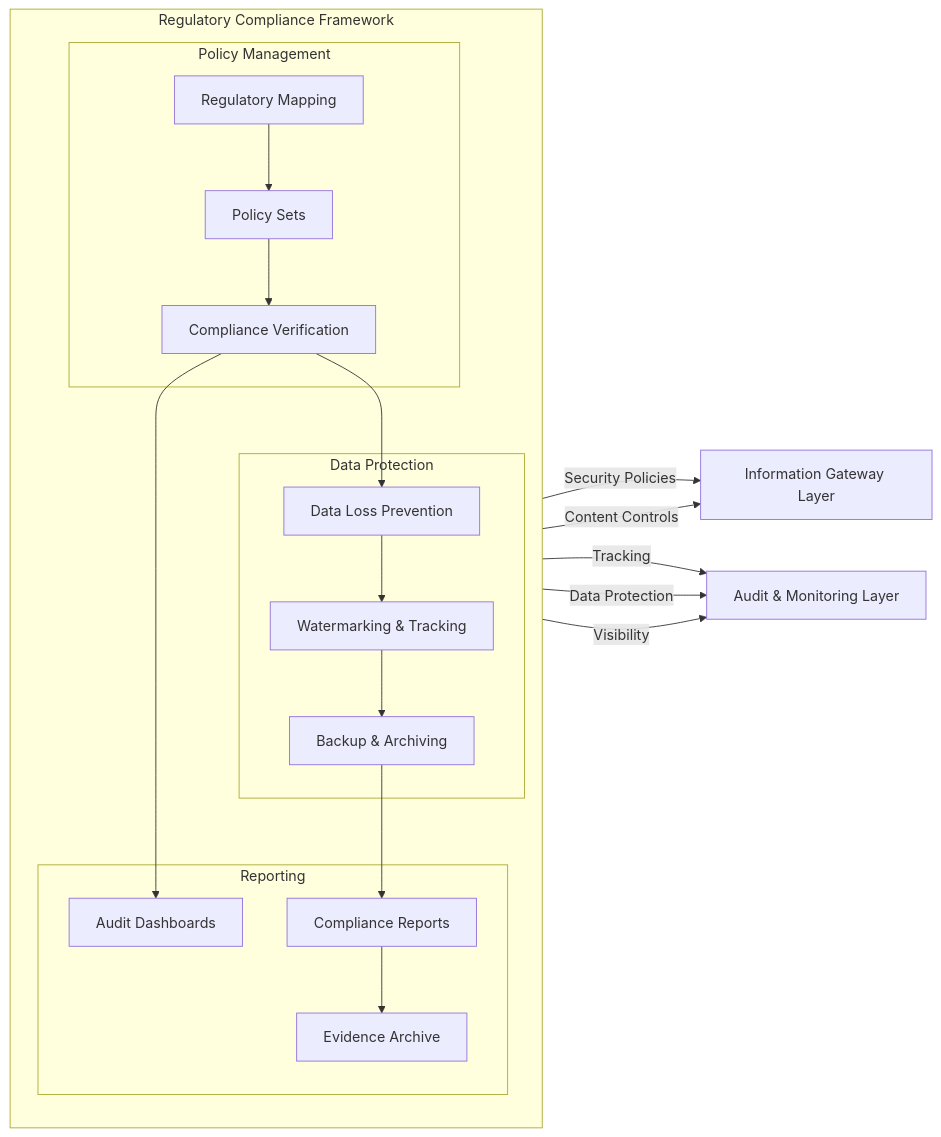
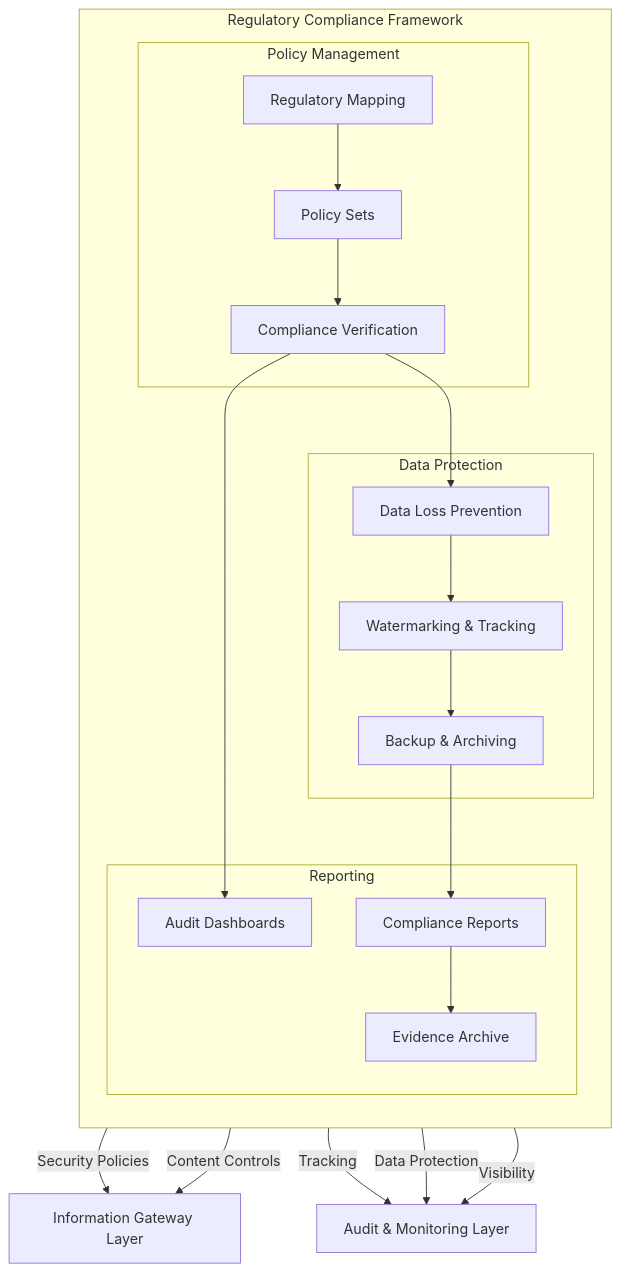
Before and after one commit to nshkrdotcom/GUARDRAIL: diagram 12 of 14 in README.md, drawn with Mermaid. The commit also changed other lines of this file, not shown here.

````diff
--- a/README.md
+++ b/README.md
@@ -546,41 +546,41 @@
 ```mermaid
-flowchart LR
+flowchart TB
     subgraph "Regulatory Compliance Framework"
         direction TB
         
         subgraph "Policy Management"
             RM[Regulatory Mapping]
             PS[Policy Sets]
             CV[Compliance Verification]
         end
         
         subgraph "Data Protection"
             DLP[Data Loss Prevention]
             WM[Watermarking & Tracking]
             BAR[Backup & Archiving]
         end
         
         subgraph "Reporting"
             AD[Audit Dashboards]
             CR[Compliance Reports]
             EA[Evidence Archive]
         end
         
         RM --> PS
         PS --> CV
         
         CV --> DLP
         DLP --> WM
         WM --> BAR
         
         CV --> AD
         BAR --> CR
         CR --> EA
     end
     
     PS -->|"Security Policies"| IGL[Information Gateway Layer]
     DLP -->|"Content Controls"| IGL
     WM -->|"Tracking"| AML[Audit & Monitoring Layer]
     BAR -->|"Data Protection"| AML
     AD -->|"Visibility"| AML
 ```
````
